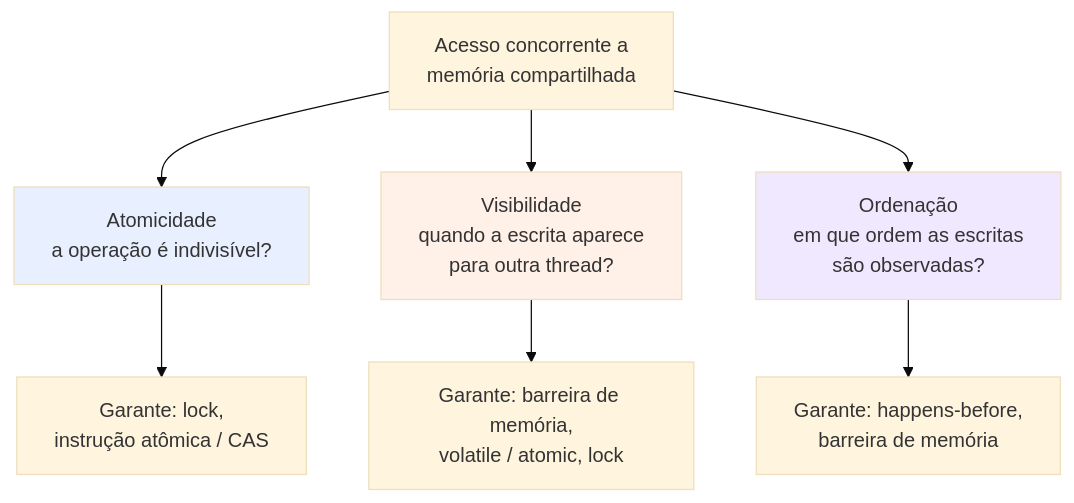
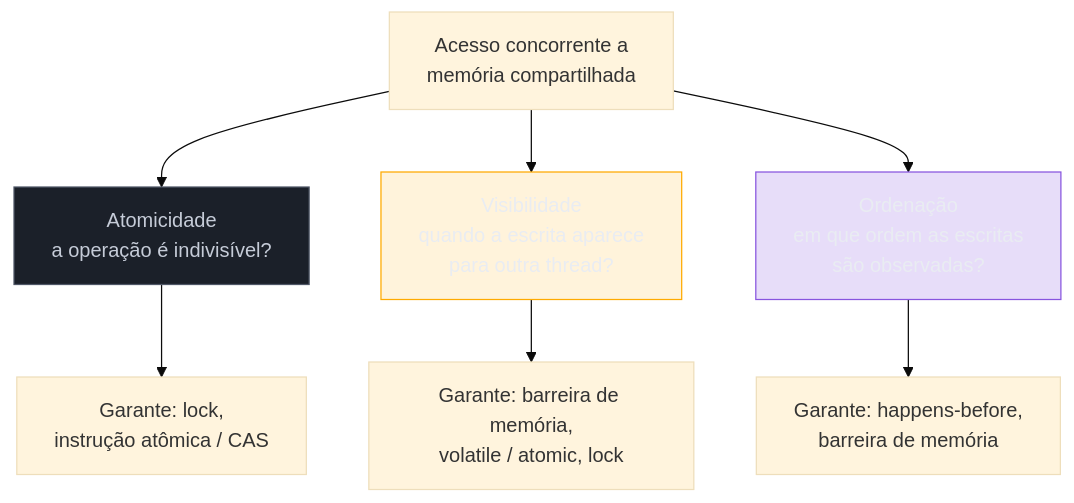
One commit to josenaldo/codex-technomanticus changed the first of 8 diagrams in 03-Dominios/Ciência/Concorrência e Paralelismo/04 - Atomicidade, visibilidade e ordenação.md. Above: the diagram before and after it, drawn with Mermaid (base theme). The commit also changed other lines of this file and 1181 other files, not shown here.

First line of the commit message:
fix(diagramas): paleta do sistema no lugar de cor cravada no markdown

````diff
--- a/03-Dominios/Ciência/Concorrência e Paralelismo/04 - Atomicidade, visibilidade e ordenação.md
+++ b/03-Dominios/Ciência/Concorrência e Paralelismo/04 - Atomicidade, visibilidade e ordenação.md
@@ -39,12 +39,15 @@
 ```mermaid
 flowchart TD
+    classDef neutro fill:#1B2029,stroke:#4E5666,color:#C6CCD8
+    classDef destaque fill:#FFAA0024,stroke:#FFAA00,color:#E9ECF2
+    classDef marca fill:#8855DF33,stroke:#8855DF,color:#E9ECF2
     P["Acesso concorrente a<br/>memória compartilhada"] --> A["Atomicidade<br/>a operação é indivisível?"]
     P --> V["Visibilidade<br/>quando a escrita aparece<br/>para outra thread?"]
     P --> O["Ordenação<br/>em que ordem as escritas<br/>são observadas?"]
     A --> AG["Garante: lock,<br/>instrução atômica / CAS"]
     V --> VG["Garante: barreira de memória,<br/>volatile / atomic, lock"]
     O --> OG["Garante: happens-before,<br/>barreira de memória"]
-    style A fill:#e8f0ff
-    style V fill:#fff0e8
-    style O fill:#f0e8ff
+    class A neutro
+    class V destaque
+    class O marca
 ```
````
